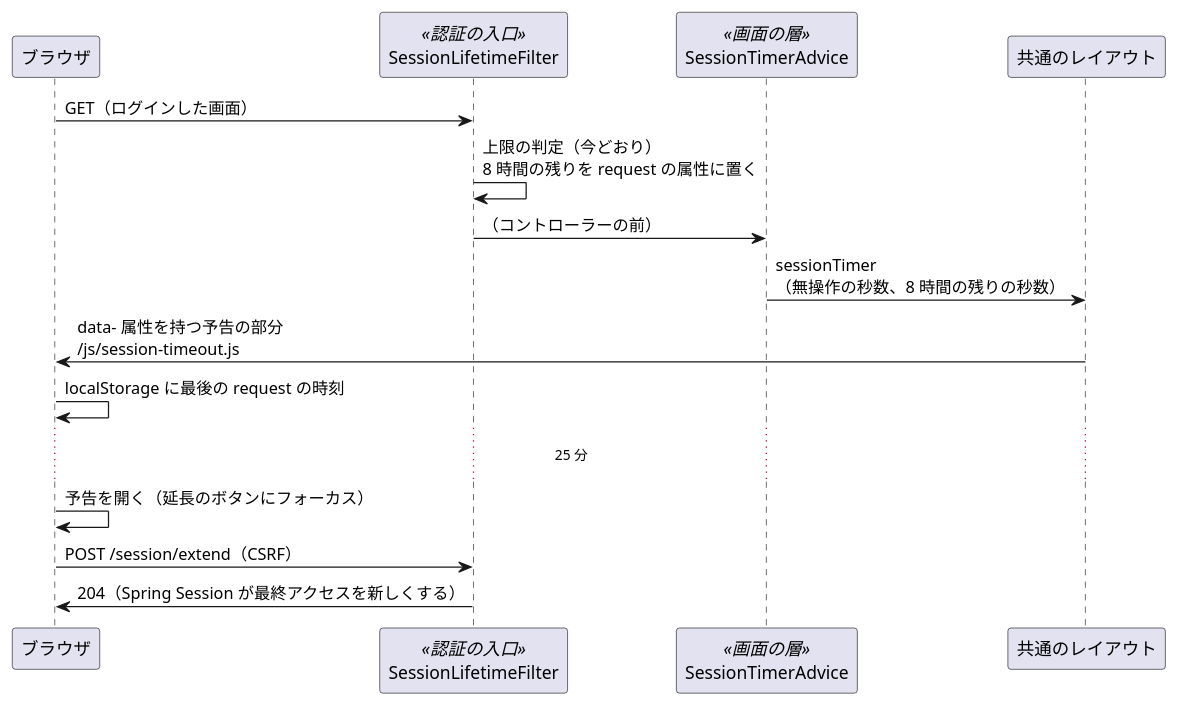
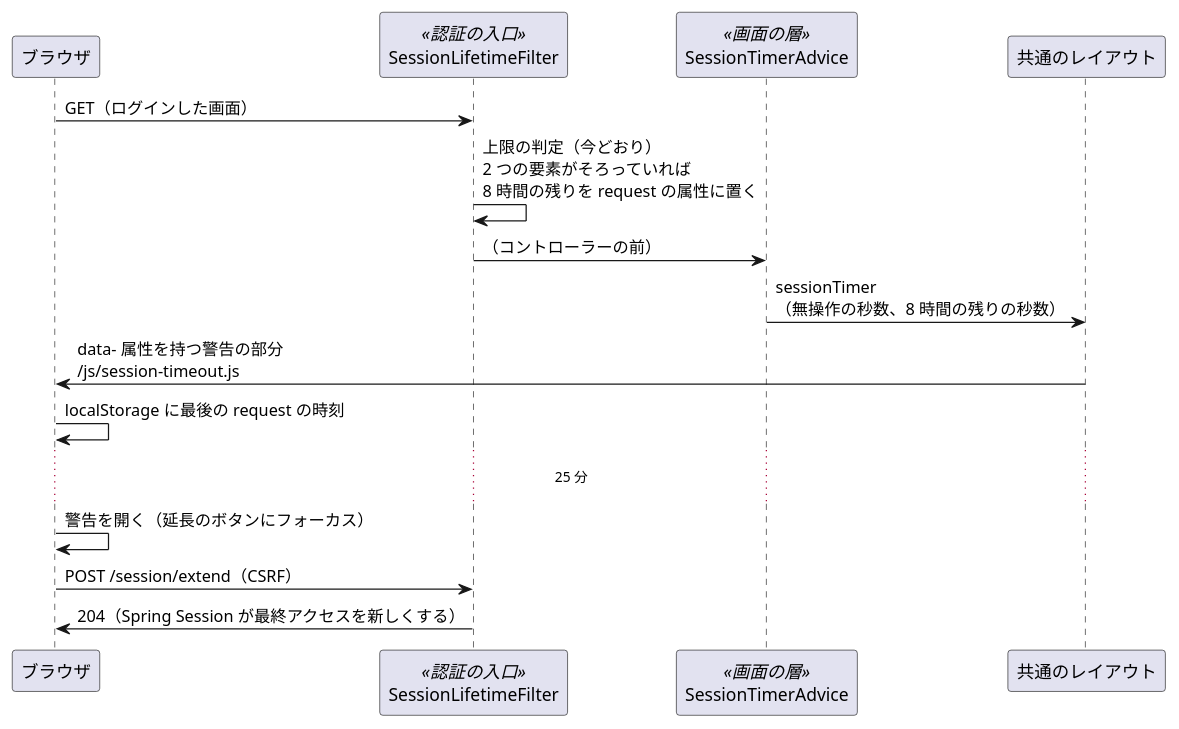
The second of 2 diagrams in docs/development/cargo-tracker/bolt_32b_plan.md (k2works/practical-domain-driven-design-in-enterpris-application), drawn with PlantUML before and after one commit. The commit also changed other lines of this file and 3 other files, not shown here.

````diff
--- a/docs/development/cargo-tracker/bolt_32b_plan.md
+++ b/docs/development/cargo-tracker/bolt_32b_plan.md
@@ -101,19 +113,19 @@
 ```plantuml
 @startuml
 participant ブラウザ
 participant SessionLifetimeFilter <<認証の入口>>
 participant SessionTimerAdvice <<画面の層>>
 participant "共通のレイアウト" as layout
 
 ブラウザ -> SessionLifetimeFilter : GET（ログインした画面）
-SessionLifetimeFilter -> SessionLifetimeFilter : 上限の判定（今どおり）\n8 時間の残りを request の属性に置く
+SessionLifetimeFilter -> SessionLifetimeFilter : 上限の判定（今どおり）\n2 つの要素がそろっていれば\n8 時間の残りを request の属性に置く
 SessionLifetimeFilter -> SessionTimerAdvice : （コントローラーの前）
 SessionTimerAdvice -> layout : sessionTimer\n（無操作の秒数、8 時間の残りの秒数）
-layout -> ブラウザ : data- 属性を持つ予告の部分\n/js/session-timeout.js
+layout -> ブラウザ : data- 属性を持つ警告の部分\n/js/session-timeout.js
 ブラウザ -> ブラウザ : localStorage に最後の request の時刻
 ... 25 分 ...
-ブラウザ -> ブラウザ : 予告を開く（延長のボタンにフォーカス）
+ブラウザ -> ブラウザ : 警告を開く（延長のボタンにフォーカス）
 ブラウザ -> SessionLifetimeFilter : POST /session/extend（CSRF）
 SessionLifetimeFilter -> ブラウザ : 204（Spring Session が最終アクセスを新しくする）
 @enduml
 ```
````
